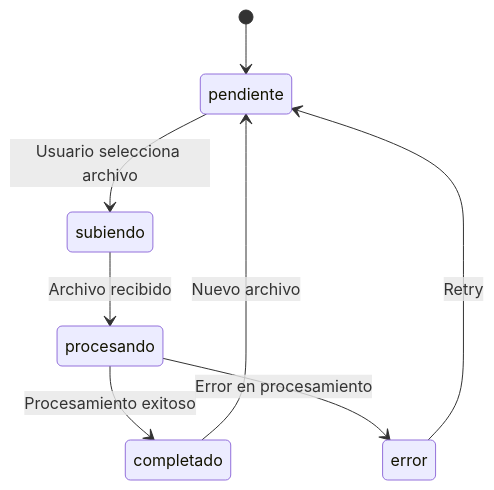
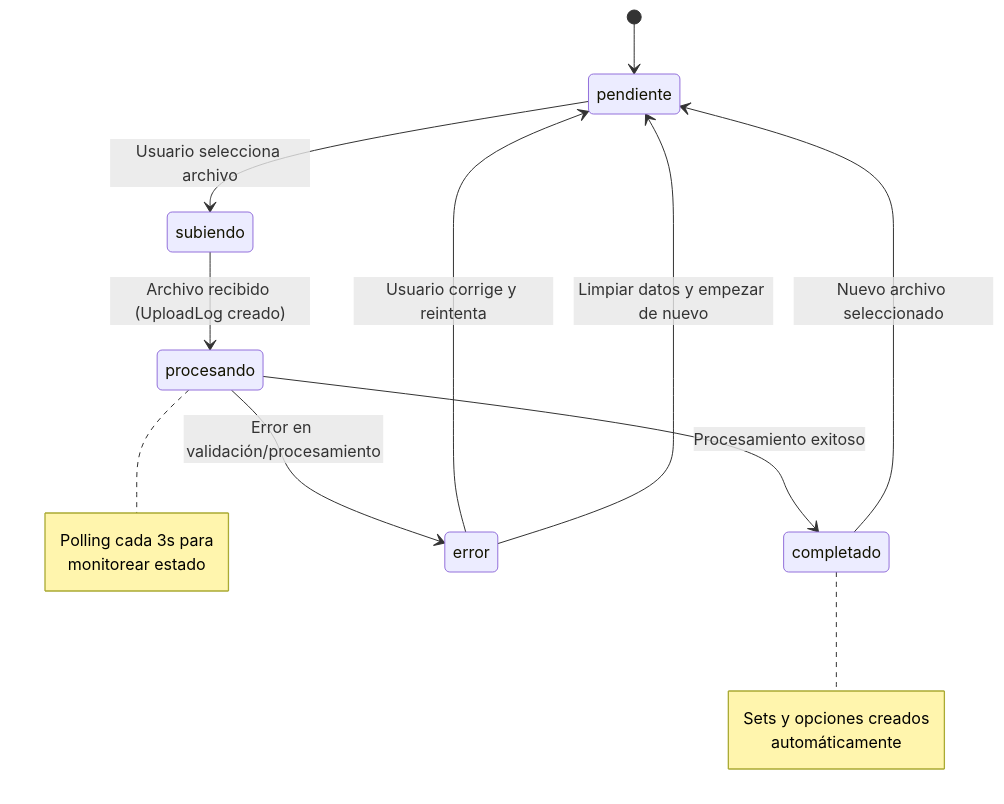
One commit to castrometro/SGM changed the second of 2 diagrams in DOCUMENTACION_CLASIFICACION_BULK_CARD.md. Above: the diagram before and after it, drawn with Mermaid. The commit also changed other lines of this file and 1 other file, not shown here.

````diff
--- a/DOCUMENTACION_CLASIFICACION_BULK_CARD.md
+++ b/DOCUMENTACION_CLASIFICACION_BULK_CARD.md
@@ -57,10 +69,21 @@
 ```mermaid
 stateDiagram-v2
     [*] --> pendiente
     pendiente --> subiendo: Usuario selecciona archivo
-    subiendo --> procesando: Archivo recibido
+    subiendo --> procesando: Archivo recibido (UploadLog creado)
     procesando --> completado: Procesamiento exitoso
-    procesando --> error: Error en procesamiento
-    completado --> pendiente: Nuevo archivo
-    error --> pendiente: Retry
+    procesando --> error: Error en validación/procesamiento
+    completado --> pendiente: Nuevo archivo seleccionado
+    error --> pendiente: Usuario corrige y reintenta
+    error --> pendiente: Limpiar datos y empezar de nuevo
+    
+    note right of procesando
+        Polling cada 3s para 
+        monitorear estado
+    end note
+    
+    note right of completado
+        Sets y opciones creados
+        automáticamente
+    end note
 ```
````
